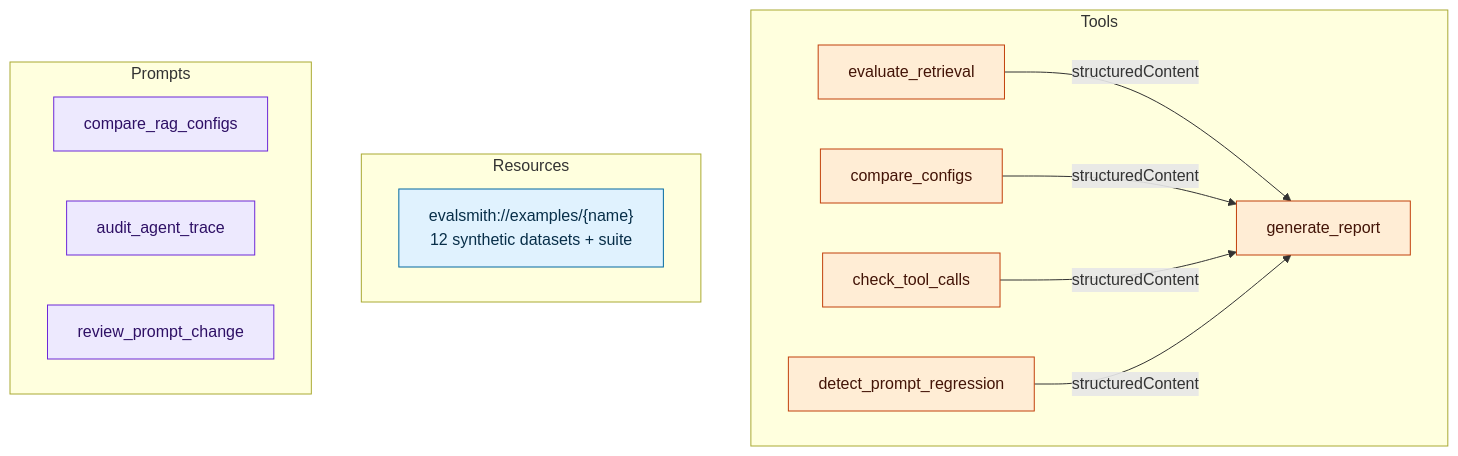
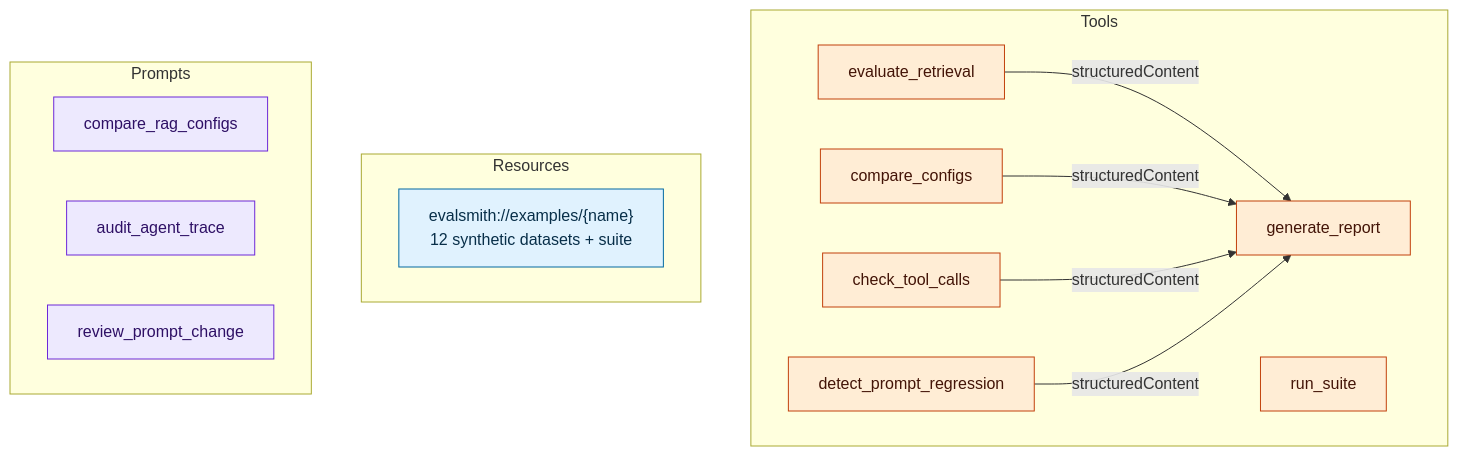
The second of 4 diagrams in README.md (diegoperezg7/evalsmith-mcp), drawn with Mermaid before and after one commit. The commit also changed other lines of this file and 8 other files, not shown here.

First line of the commit message:
Add run_suite to run an evalsmith.yaml from the workspace

````diff
--- a/README.md
+++ b/README.md
@@ -72,28 +72,29 @@
 ```mermaid
 flowchart TB
     subgraph Tools
         T1[evaluate_retrieval]
         T2[compare_configs]
         T3[check_tool_calls]
         T4[detect_prompt_regression]
         T5[generate_report]
+        T6[run_suite]
     end
     subgraph Resources
         R1["evalsmith://examples/{name}<br/>12 synthetic datasets + suite"]
     end
     subgraph Prompts
         P1[compare_rag_configs]
         P2[audit_agent_trace]
         P3[review_prompt_change]
     end
     T1 -- structuredContent --> T5
     T2 -- structuredContent --> T5
     T3 -- structuredContent --> T5
     T4 -- structuredContent --> T5
     classDef tool fill:#ffedd5,stroke:#c2410c,color:#431407
     classDef res fill:#e0f2fe,stroke:#0369a1,color:#082f49
     classDef prom fill:#ede9fe,stroke:#6d28d9,color:#2e1065
-    class T1,T2,T3,T4,T5 tool
+    class T1,T2,T3,T4,T5,T6 tool
     class R1 res
     class P1,P2,P3 prom
 ```
````
